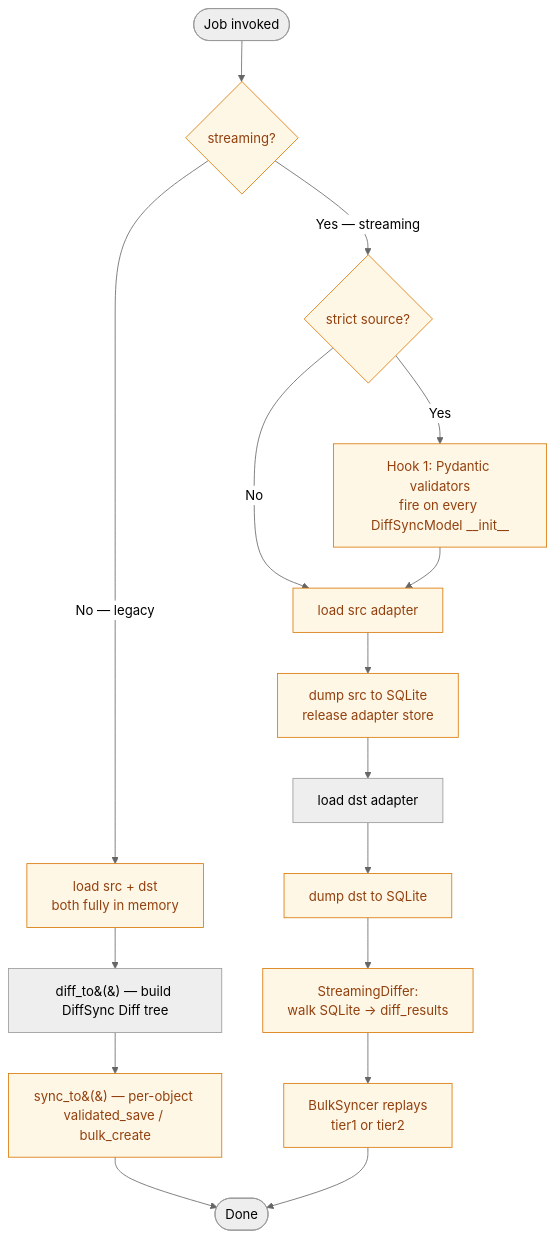
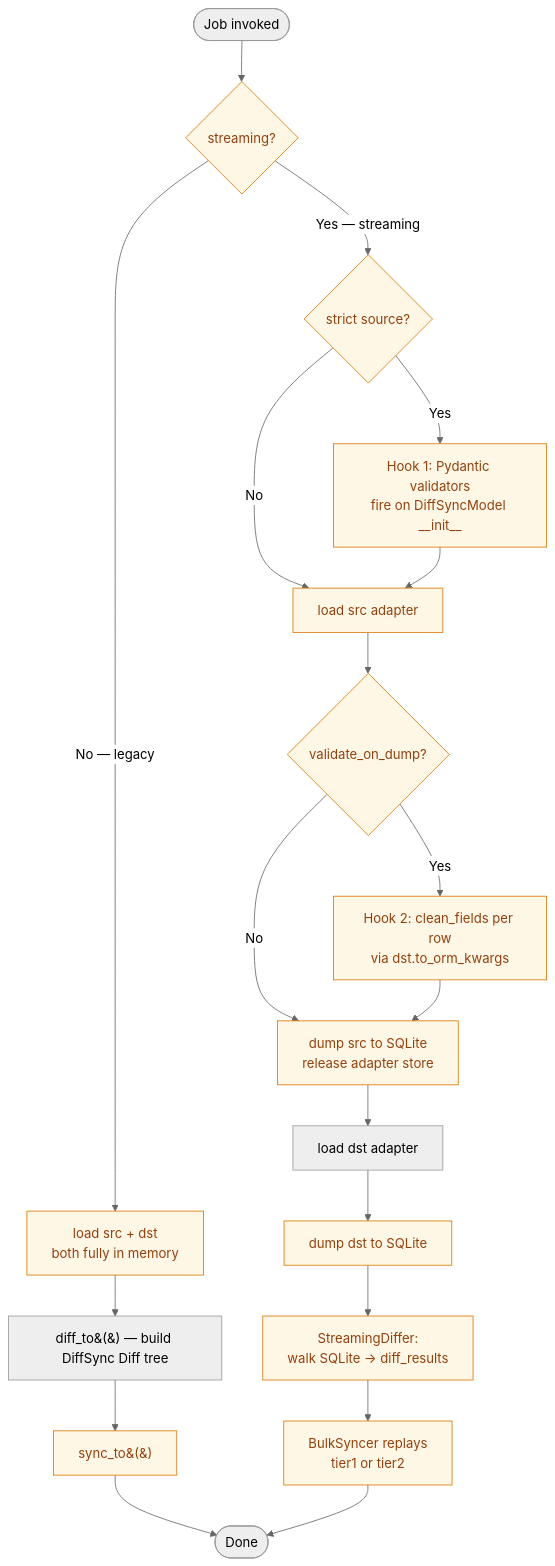
The diagram in docs/dev/performance_validation_menu.md (nautobot/nautobot-app-ssot), drawn with Mermaid (neutral theme) before and after one commit. The commit also changed other lines of this file and 5 other files, not shown here.

Commit message:
Hook 2 - clean_fields at dump

````diff
--- a/docs/dev/performance_validation_menu.md
+++ b/docs/dev/performance_validation_menu.md
@@ -65,24 +55,27 @@
 ```mermaid
 flowchart TD
     Job([Job invoked]) --> Q1{streaming?}
 
     Q1 -->|No — legacy| L1[load src + dst<br/>both fully in memory]
     L1 --> L2[diff_to&#40;&#41; — build DiffSync Diff tree]
-    L2 --> L3[sync_to&#40;&#41; — per-object validated_save / bulk_create]
+    L2 --> L3[sync_to&#40;&#41;]
     L3 --> Done([Done])
 
     Q1 -->|Yes — streaming| Q2{strict source?}
-    Q2 -->|Yes| H1[Hook 1: Pydantic validators<br/>fire on every DiffSyncModel __init__]
+    Q2 -->|Yes| H1[Hook 1: Pydantic validators<br/>fire on DiffSyncModel __init__]
     Q2 -->|No| S_src
     H1 --> S_src
 
-    S_src[load src adapter] --> Sd_src[dump src to SQLite<br/>release adapter store]
-    Sd_src --> L_dst[load dst adapter]
+    S_src[load src adapter] --> D_src{validate_on_dump?}
+    D_src -->|Yes| H2[Hook 2: clean_fields per row<br/>via dst.to_orm_kwargs]
+    D_src -->|No| Sd_src
+    H2 --> Sd_src
+    Sd_src[dump src to SQLite<br/>release adapter store] --> L_dst[load dst adapter]
     L_dst --> Sd_dst[dump dst to SQLite]
     Sd_dst --> Diff[StreamingDiffer:<br/>walk SQLite -> diff_results]
     Diff --> Replay[BulkSyncer replays<br/>tier1 or tier2]
     Replay --> Done
 
     classDef knob fill:#fff7e6,stroke:#d97706,color:#92400e
-    class Q1,Q2,H1,L1,L3,S_src,Sd_src,Sd_dst,Diff,Replay knob
+    class Q1,Q2,H1,H2,D_src,L1,L3,S_src,Sd_src,Sd_dst,Diff,Replay knob
 ```
````
